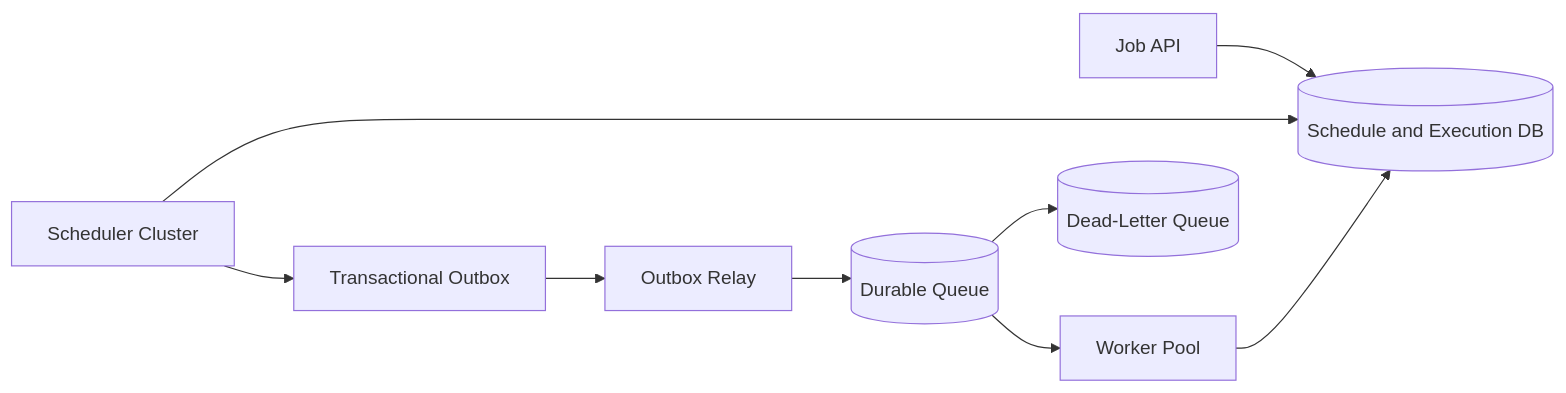
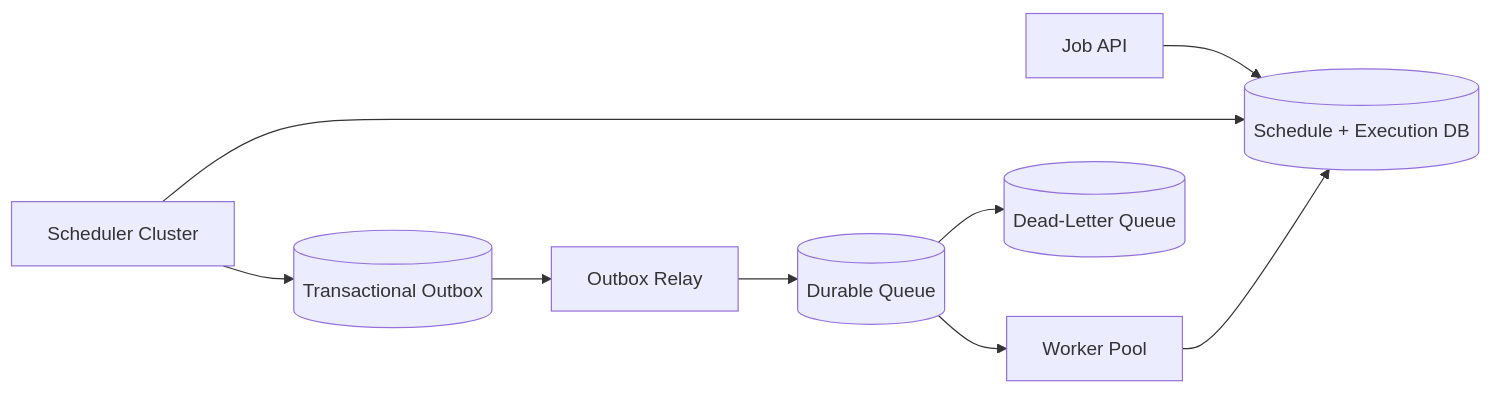
Before and after one commit to AvadhBhalodiya/Interview-Preparation: the first of 4 diagrams in src/content/system-design/job-scheduler.md, drawn with Mermaid. The commit also changed other lines of this file and 54 other files, not shown here.

````diff
--- a/src/content/system-design/job-scheduler.md
+++ b/src/content/system-design/job-scheduler.md
@@ -21,11 +30,11 @@
 ```mermaid
 flowchart LR
-    API[Job API] --> DB[(Schedule and Execution DB)]
+    API[Job API] --> DB[(Schedule + Execution DB)]
     Scheduler[Scheduler Cluster] --> DB
-    Scheduler --> Outbox[Transactional Outbox]
+    Scheduler --> Outbox[(Transactional Outbox)]
     Outbox --> Relay[Outbox Relay]
     Relay --> Queue[(Durable Queue)]
     Queue --> Workers[Worker Pool]
     Workers --> DB
     Queue --> DLQ[(Dead-Letter Queue)]
 ```
````
